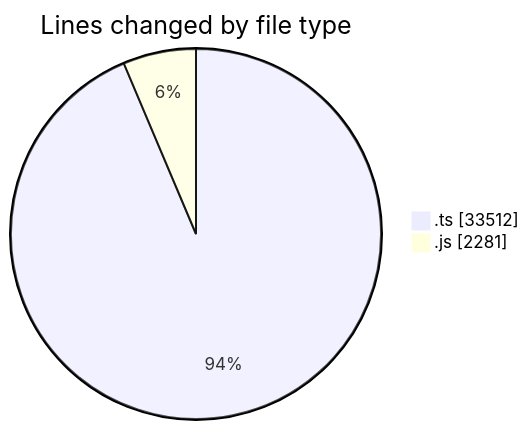
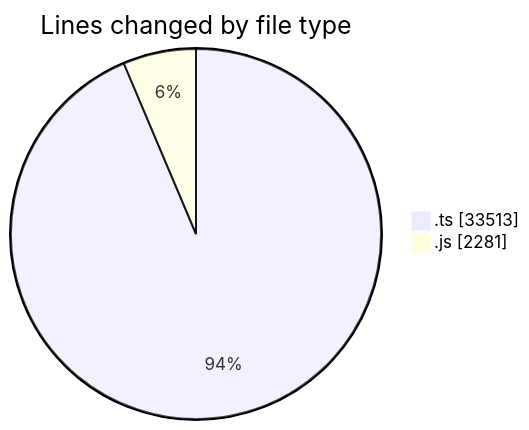
Before and after one commit to momahboobian/code-tracking: the first of 2 diagrams in 2025-06-26/cda/README.md, drawn with Mermaid. The commit also changed other lines of this file and 1 other file, not shown here.

````diff
--- a/2025-06-26/cda/README.md
+++ b/2025-06-26/cda/README.md
@@ -36,6 +36,6 @@
 ```mermaid
 pie showData
 title Lines changed by file type
-".ts" : 33512
+".ts" : 33513
 ".js" : 2281
 ```
````
